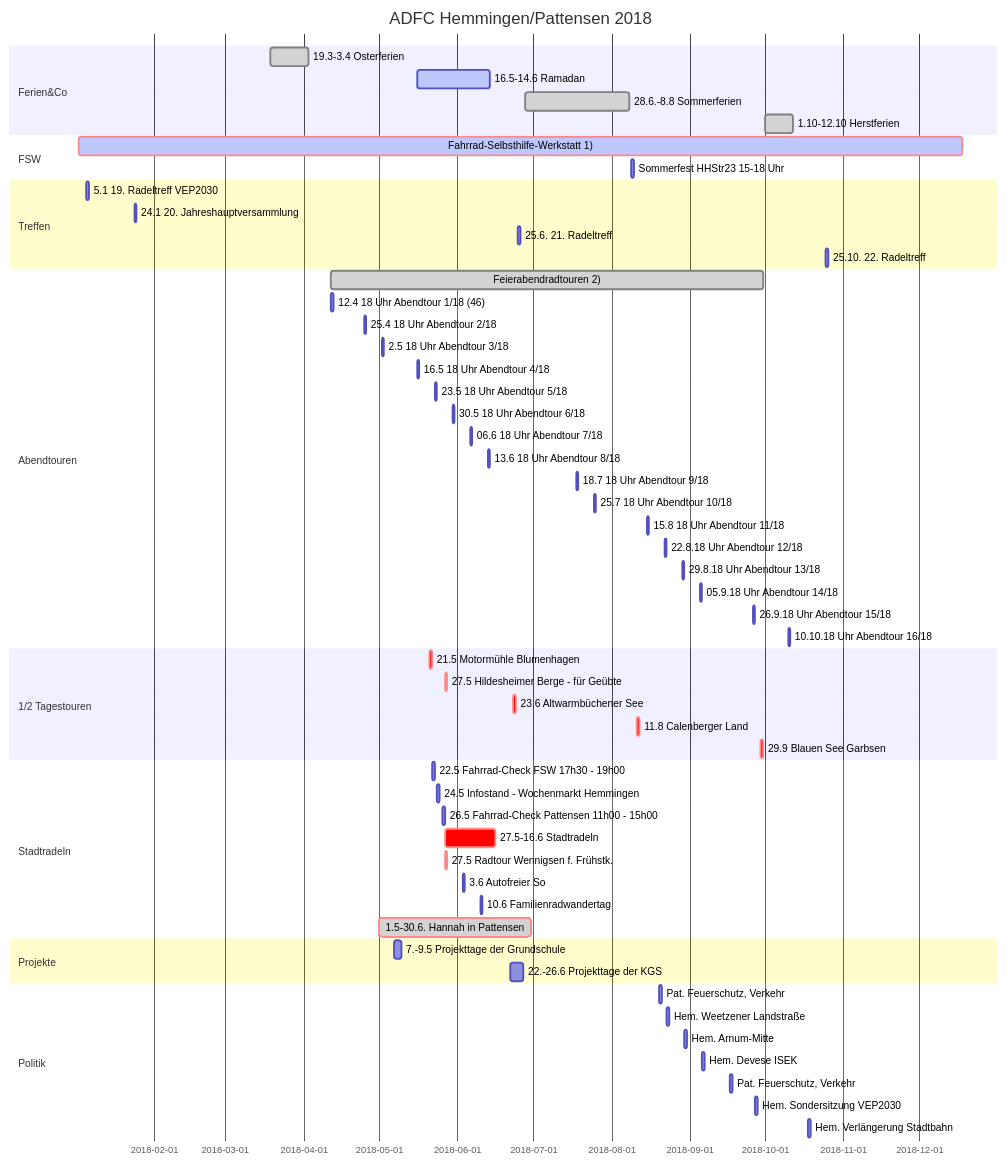
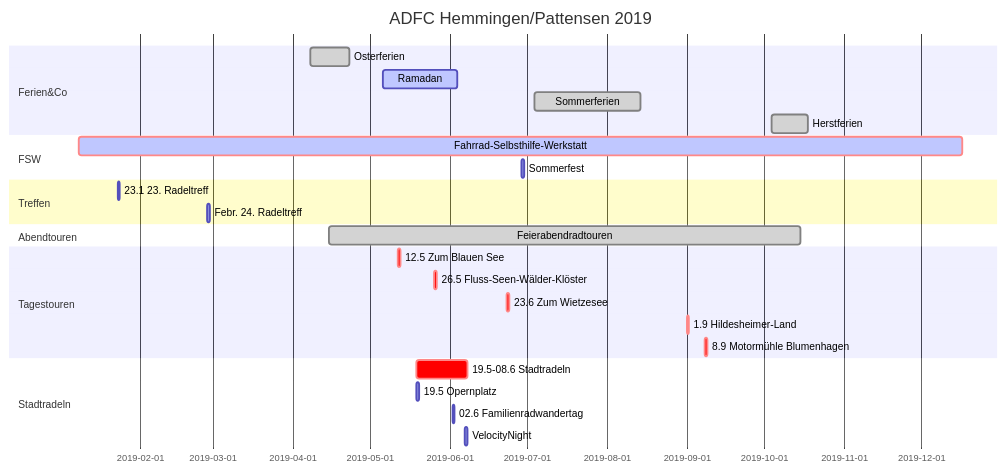
One commit to adfc-hemmingen-pattensen/adfc-hemmingen-pattensen.github.io changed the diagram in index.md. Above: the diagram before and after it, drawn with Mermaid. The commit also changed other lines of this file and 3 other files, not shown here.

````diff
--- a/index.md
+++ b/index.md
@@ -134,71 +63,38 @@
 ```mermaid
 gantt
-  title ADFC Hemmingen/Pattensen 2018
+  title ADFC Hemmingen/Pattensen 2019
   dateFormat  DD.MM.YY
 
 section Ferien&Co
-  19.3-3.4 Osterferien                        :done,        19.03.18, 03.04.18
-  16.5-14.6  Ramadan                          :active,done, 16.05.18, 14.06.18
-  28.6.-8.8 Sommerferien                      :done,        28.06.18, 08.08.18
-  1.10-12.10 Herstferien                      :done,        01.10.18, 12.10.18
+  Osterferien                        :done,        08.04.19, 23.04.19
+  Ramadan                          :active,done, 06.05.19, 04.06.19
+  Sommerferien                      :done,        04.07.19, 14.08.19
+  Herstferien                      :done,        04.10.19, 18.10.19
 
 section FSW
-  Fahrrad-Selbsthilfe-Werkstatt 1)            :crit,active, 02.01.18, 18.12.18
-  Sommerfest HHStr23  15-18 Uhr      : 09.08.18, 1d
+  Fahrrad-Selbsthilfe-Werkstatt            :crit,active, 08.01.19, 17.12.19
+  Sommerfest     : 29.06.19, 1d
 
 section Treffen
-  5.1 19. Radeltreff VEP2030        : 05.01.18, 1d
-  24.1 20. Jahreshauptversammlung   : 24.01.18, 1d
-  25.6. 21. Radeltreff              : 25.06.18, 1d
-  25.10. 22. Radeltreff             : 25.10.18, 1d
+  23.1 23. Radeltreff         : 23.01.19, 1d
+  Febr. 24. Radeltreff         : 27.02.19, 1d
+  
+section Abendtouren
+  Feierabendradtouren        :done,       15.04.19, 15.10.19
 
-section Abendtouren
-  Feierabendradtouren 2)        :done, 12.04.18, 30.09.18
-12.4 18 Uhr Abendtour 1/18 (46) : 12.04.18,1d
-25.4 18 Uhr Abendtour 2/18    : 25.04.18,1d
-2.5 18 Uhr Abendtour 3/18     : 02.05.18,1d
-16.5 18 Uhr Abendtour 4/18     : 16.05.18,1d
-23.5 18 Uhr Abendtour 5/18      : 23.05.18,1d
-30.5 18 Uhr Abendtour 6/18      : 30.05.18,1d
-06.6 18 Uhr Abendtour 7/18      : 06.06.18,1d
-13.6 18 Uhr Abendtour 8/18      : 13.06.18,1d
-18.7 18 Uhr Abendtour 9/18      : 18.07.18,1d
-25.7 18 Uhr Abendtour 10/18      : 25.07.18,1d
-15.8 18 Uhr Abendtour 11/18      : 15.08.18,1d
-22.8.18 Uhr Abendtour 12/18      : 22.08.18,1d
-29.8.18 Uhr Abendtour 13/18      : 29.08.18,1d
-05.9.18 Uhr Abendtour 14/18      : 05.09.18,1d
-26.9.18 Uhr Abendtour 15/18      : 26.09.18,1d
-10.10.18 Uhr Abendtour 16/18	 : 10.10.18,1d
-
-section 1/2 Tagestouren
-  21.5 Motormühle Blumenhagen   :crit, 21.05.18,1d
-  27.5 Hildesheimer Berge - für Geübte :crit, 27.05.18, 1d
-  23.6 Altwarmbüchener See      :crit, 23.06.18,1d
-  11.8 Calenberger Land         :crit, 11.08.18,1d
-  29.9 Blauen See Garbsen       :crit, 29.09.18,1d
-
+section Tagestouren
+  12.5 Zum Blauen See   :crit, 12.05.19,1d
+  26.5 Fluss-Seen-Wälder-Klöster    :crit, 26.05.19,1d
+  23.6 Zum Wietzesee :crit, 23.06.19,1d
+  1.9 Hildesheimer-Land  :crit, 01.09.19,1d
+  8.9 Motormühle Blumenhagen  :crit, 08.09.19,1d
+  
 
 section Stadtradeln
-  22.5 Fahrrad-Check FSW 17h30 - 19h00                     :             22.05.18, 1d
-  24.5 Infostand - Wochenmarkt Hemmingen : 24.05.18,1d
-  26.5 Fahrrad-Check Pattensen 11h00 - 15h00              :             26.05.18, 1d
-  27.5-16.6 Stadtradeln                       : crit,       27.05.18, 16.06.18
-  27.5 Radtour Wennigsen f. Frühstk.          : crit,       27.05.18, 1d
-  3.6 Autofreier So                           :             03.06.18, 1d
-  10.6 Familienradwandertag                   :             10.06.18, 1d
-  1.5-30.6.  Hannah in Pattensen              :crit, done,  01.05.18, 30.06.18
-
-section Projekte
-  7.-9.5 Projekttage der Grundschule      :07.05.18, 3d
-  22.-26.6 Projekttage der KGS      :22.06.18, 5d
+  19.5-08.6 Stadtradeln                       : crit,       19.05.19, 08.06.19
+  19.5 Opernplatz                             :             19.05.19, 1d
+  02.6 Familienradwandertag                   :             02.06.19, 1d
+  VelocityNight   : 07.06.19, 1d
 
 section Politik
-  Pat. Feuerschutz, Verkehr                         :20.08.18, 1d
-  Hem. Weetzener Landstraße                         :23.08.18, 1d
-  Hem. Arnum-Mitte                                  :30.08.18, 1d
-  Hem. Devese ISEK                                  :06.09.18, 1d
-  Pat. Feuerschutz, Verkehr                         :17.09.18, 1d
-  Hem. Sondersitzung VEP2030                        :27.09.18, 1d
-  Hem. Verlängerung Stadtbahn                       :18.10.18, 1d
 ```
````
